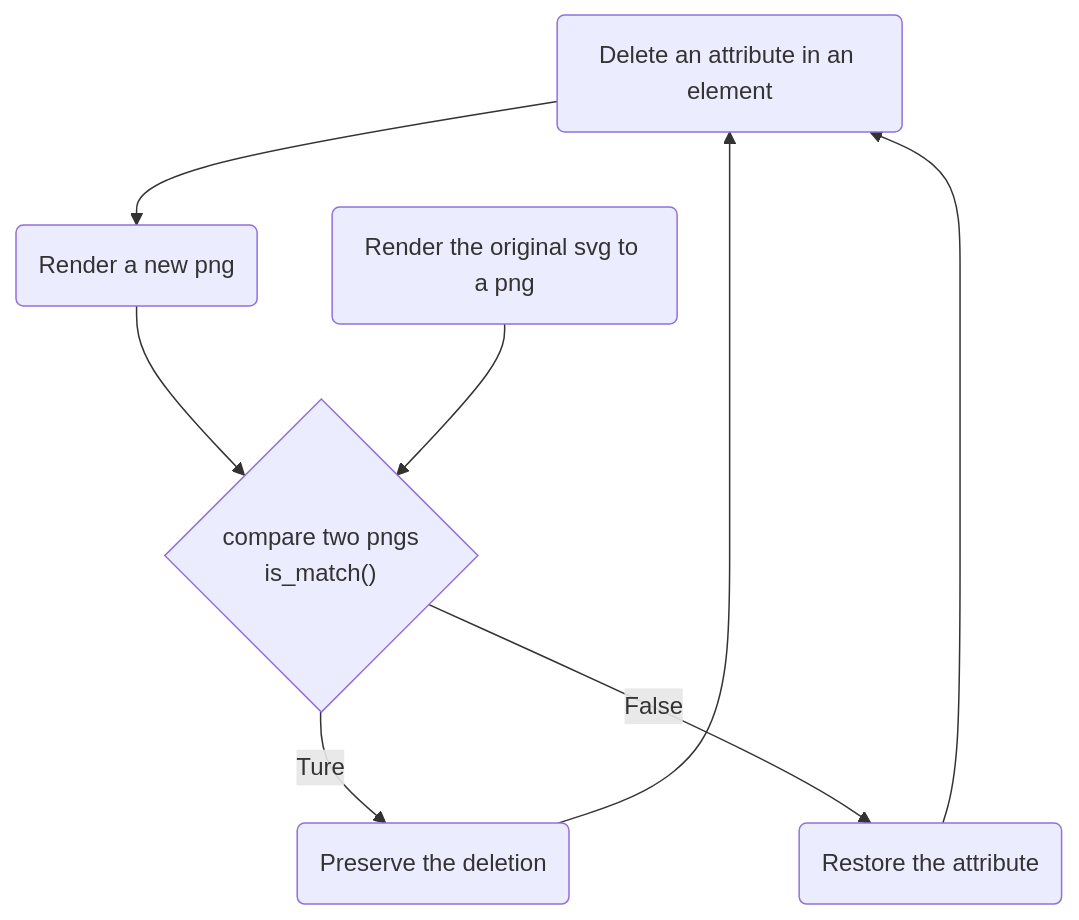
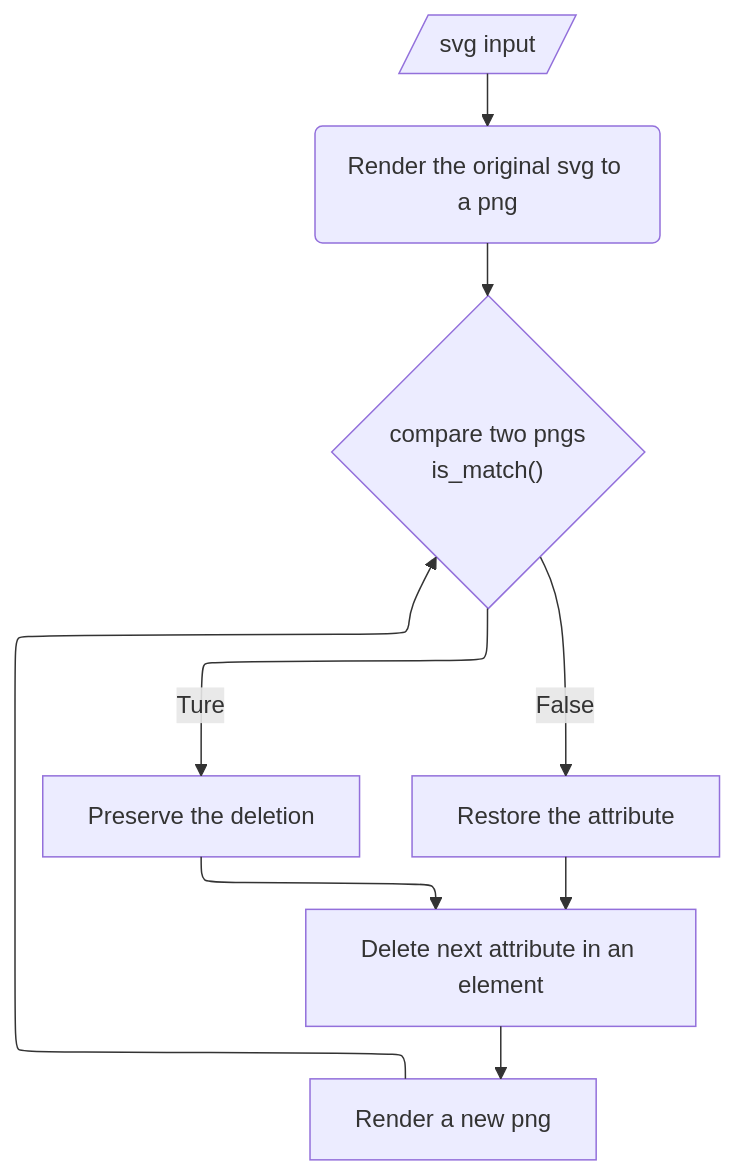
Before and after one commit to RarityBrown/render2compressvg: the diagram in README.md, drawn with Mermaid.

Commit message:
Update README.md
1. update the mermaid flowchart to elk renderer
2. standardize symbols in the flowchart

````diff
--- a/README.md
+++ b/README.md
@@ -9,9 +9,10 @@
 ```mermaid
+%%{init: {"flowchart": {"defaultRenderer": "elk"}} }%%	
 graph TD
-    delete("Delete an attribute in an element")-->render("Render a new png")-->compare{"compare two pngs\n is_match()"}
-    compare--Ture-->preserve("Preserve the deletion")-->delete
-    compare--False-->restore("Restore the attribute")-->delete
-    render1("Render the original svg to a png")-->compare
+    delete["Delete next attribute in an element"]-->render["Render a new png"]-->compare{"compare two pngs\n is_match()"}
+    compare--Ture-->preserve["Preserve the deletion"]-->delete
+    compare--False-->restore["Restore the attribute"]-->delete
+    svg[/"svg input"/]-->render1("Render the original svg to a png")-->compare
     
 
 ```
````
